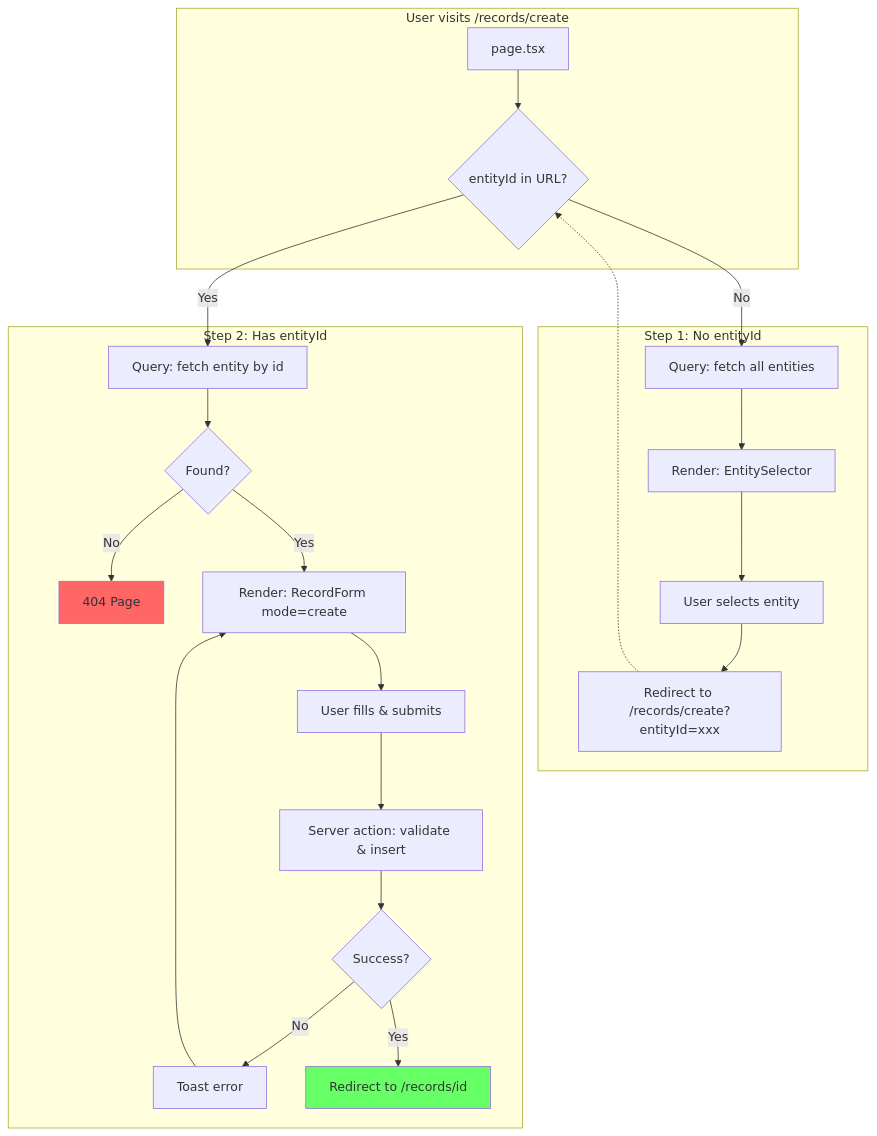
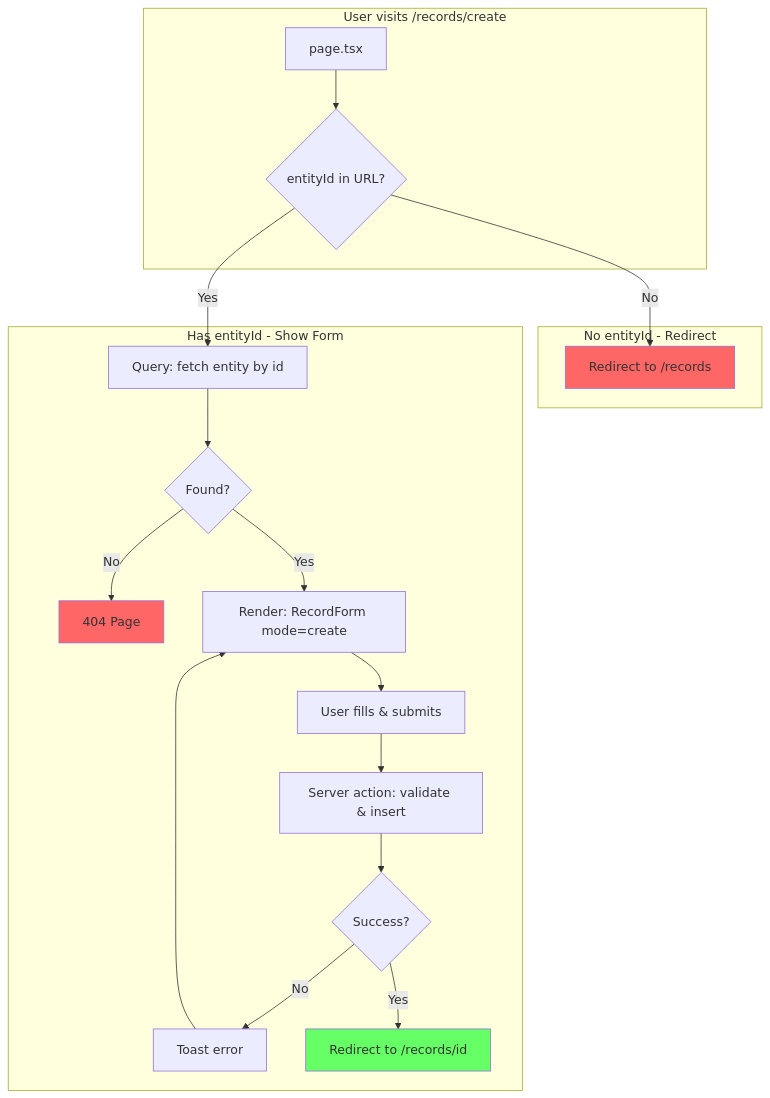
The diagram in app/records/create/PAGE-FLOW.md (SinaTZ0/hut-resources-management-newleaf), drawn with Mermaid before and after one commit. The commit also changed other lines of this file and 4 other files, not shown here.

````diff
--- a/app/records/create/PAGE-FLOW.md
+++ b/app/records/create/PAGE-FLOW.md
@@ -9,30 +9,27 @@
 ```mermaid
 flowchart TD
     subgraph "User visits /records/create"
         A[page.tsx] --> B{entityId in URL?}
     end
 
-    subgraph "Step 1: No entityId"
-        B -->|No| C[Query: fetch all entities]
-        C --> D[Render: EntitySelector]
-        D --> E[User selects entity]
-        E --> F[Redirect to /records/create?entityId=xxx]
-        F -.-> B
+    subgraph "No entityId - Redirect"
+        B -->|No| C[Redirect to /records]
     end
 
-    subgraph "Step 2: Has entityId"
+    subgraph "Has entityId - Show Form"
         B -->|Yes| G[Query: fetch entity by id]
         G --> H{Found?}
         H -->|No| I[404 Page]
         H -->|Yes| J[Render: RecordForm mode=create]
         J --> K[User fills & submits]
         K --> L[Server action: validate & insert]
         L --> M{Success?}
         M -->|No| N[Toast error]
         N --> J
         M -->|Yes| O[Redirect to /records/id]
     end
 
+    style C fill:#f66
     style I fill:#f66
     style O fill:#6f6
 ```
````
